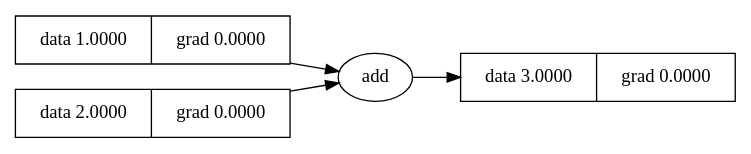
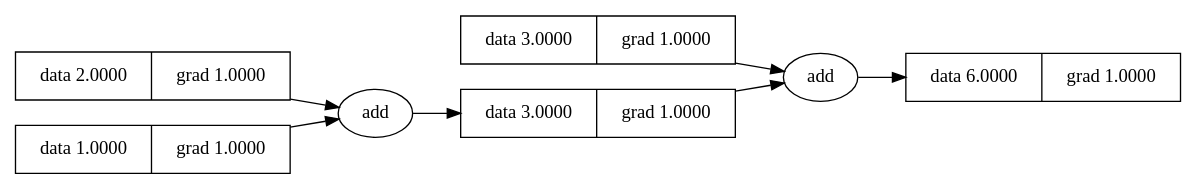
One commit to pacanada/nanograd changed the diagram in Digraph.gv. Above: the diagram before and after it, drawn with Graphviz. The commit also changed 7 other files, not shown here.

```diff
--- a/Digraph.gv
+++ b/Digraph.gv
@@ -1,10 +1,16 @@
 digraph {
 	graph [rankdir=LR]
-	1813566003744 [label="{ data 1.0000 | grad 0.0000 }" shape=record]
-	1813566009888 [label="{ data 2.0000 | grad 0.0000 }" shape=record]
-	1813565849168 [label="{ data 3.0000 | grad 0.0000 }" shape=record]
-	"1813565849168add" [label=add]
-	"1813565849168add" -> 1813565849168
-	1813566003744 -> "1813565849168add"
-	1813566009888 -> "1813565849168add"
+	2412439846976 [label="{ data 3.0000 | grad 1.0000 }" shape=record]
+	"2412439846976add" [label=add]
+	"2412439846976add" -> 2412439846976
+	2412439850624 [label="{ data 6.0000 | grad 1.0000 }" shape=record]
+	"2412439850624add" [label=add]
+	"2412439850624add" -> 2412439850624
+	2412439707872 [label="{ data 2.0000 | grad 1.0000 }" shape=record]
+	2412439707392 [label="{ data 3.0000 | grad 1.0000 }" shape=record]
+	2412439707920 [label="{ data 1.0000 | grad 1.0000 }" shape=record]
+	2412439707920 -> "2412439846976add"
+	2412439707392 -> "2412439850624add"
+	2412439846976 -> "2412439850624add"
+	2412439707872 -> "2412439846976add"
 }
```
